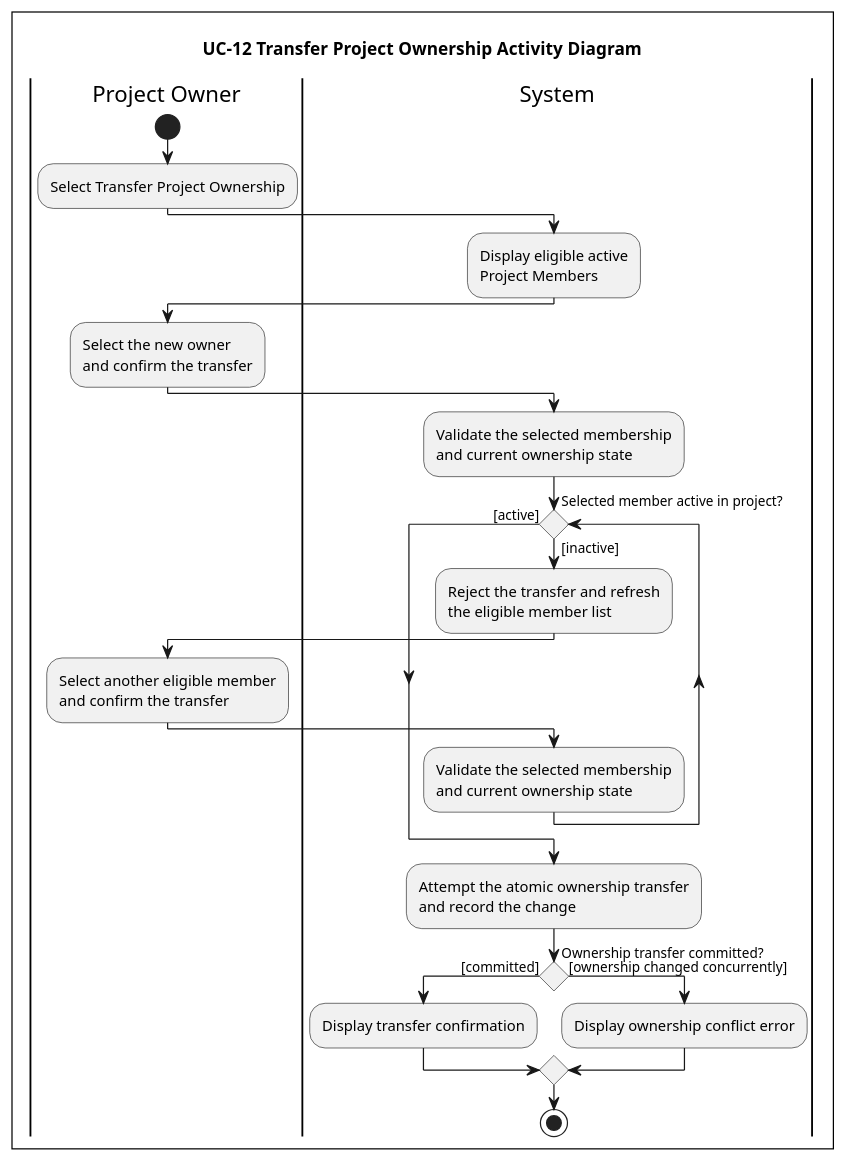
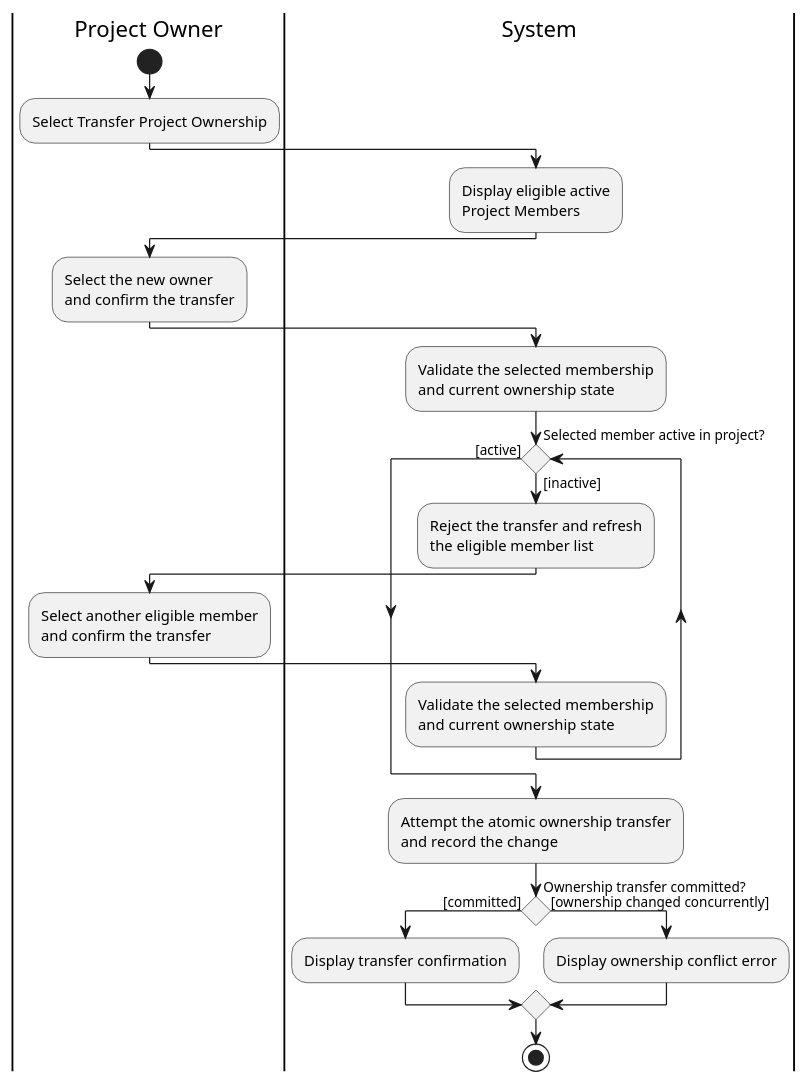
Before and after one commit to lukenab/swd392-doc-automation: the diagram in diagrams/activity/nguyen-an-binh/UC-12-transfer-project-ownership.puml, drawn with PlantUML. The commit also changed 4 other files, not shown here.

Commit message:
feat: add script to render activity diagrams in SVG and PNG formats

```diff
--- a/diagrams/activity/nguyen-an-binh/UC-12-transfer-project-ownership.puml
+++ b/diagrams/activity/nguyen-an-binh/UC-12-transfer-project-ownership.puml
@@ -1,52 +1,48 @@
 @startuml
-
-title UC-12 Transfer Project Ownership Activity Diagram
 
 skinparam defaultFontName "Times New Roman"
 skinparam conditionStyle diamond
 skinparam ConditionEndStyle diamond
 skinparam shadowing false
-skinparam DiagramBorderColor black
-skinparam DiagramBorderThickness 1
 
 |Project Owner|
 start
 :Select Transfer Project Ownership;
 
 |System|
 :Display eligible active
 Project Members;
 
 |Project Owner|
 :Select the new owner
 and confirm the transfer;
 
 |System|
 :Validate the selected membership
 and current ownership state;
 
 while (Selected member active in project?) is ([inactive])
     :Reject the transfer and refresh
     the eligible member list;
 
     |Project Owner|
     :Select another eligible member
     and confirm the transfer;
 
     |System|
     :Validate the selected membership
     and current ownership state;
 endwhile ([active])
 
 :Attempt the atomic ownership transfer
 and record the change;
 
 if (Ownership transfer committed?) then ([committed])
     :Display transfer confirmation;
 else ([ownership changed concurrently])
     :Display ownership conflict error;
 endif
 
 stop
 
 @enduml
```
